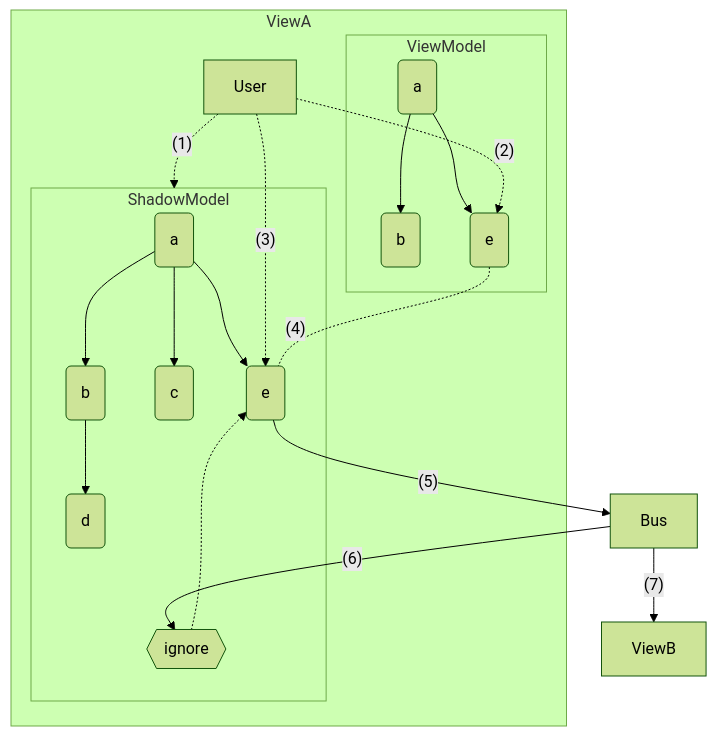
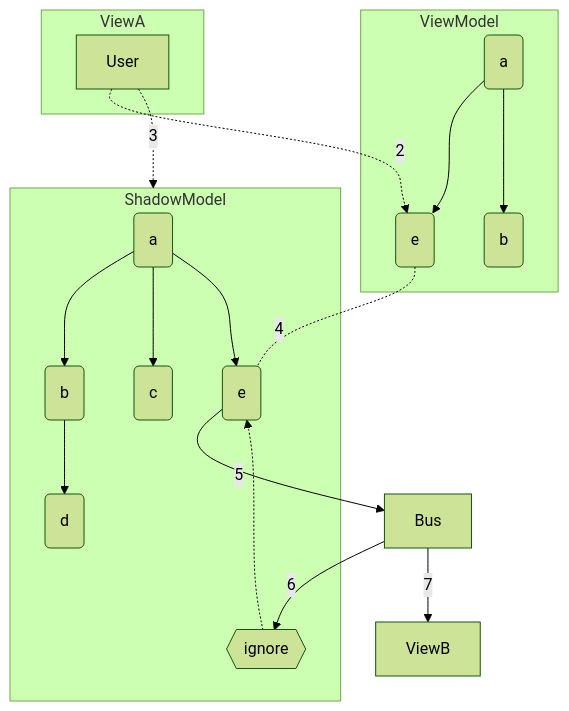
Before and after one commit to onouv/fscl: the second of 2 diagrams in doc/fscl/data-management-concept/Data Management Concept.md, drawn with Mermaid (forest theme).

````diff
--- a/doc/fscl/data-management-concept/Data Management Concept.md
+++ b/doc/fscl/data-management-concept/Data Management Concept.md
@@ -60,40 +60,36 @@
 ```mermaid
 flowchart TD
 	
 subgraph ViewA
 User
+end
 
 subgraph ViewModel
 aV(a)
 bV(b)
 eV(e)
 
 aV --> eV
 aV --> bV
 end
 
 subgraph ShadowModel
 aS(a)
 bS(b)
 cS(c)
 dS(d)
 eS(e)
-
 ig{{ignore}}
 aS --> bS
 bS --> dS
 aS --> cS
 aS --> eS
 ig -.-> eS
 end
-User -. (3) .-> eS
-end
-
-User -. (1) .-> ShadowModel
-User -. (2) .-> eV
-
-eV -. (4) .- eS
-eS -- (5) --> Bus
-Bus -- (6) --> ig
-Bus -- (7) --> ViewB
+User -. 3 .-> ShadowModel
+User -. 2 .-> eV
+eV -. 4 .- eS
+eS -- 5 --> Bus
+Bus -- 6 --> ig
+Bus -- 7 --> ViewB
 ```
````
